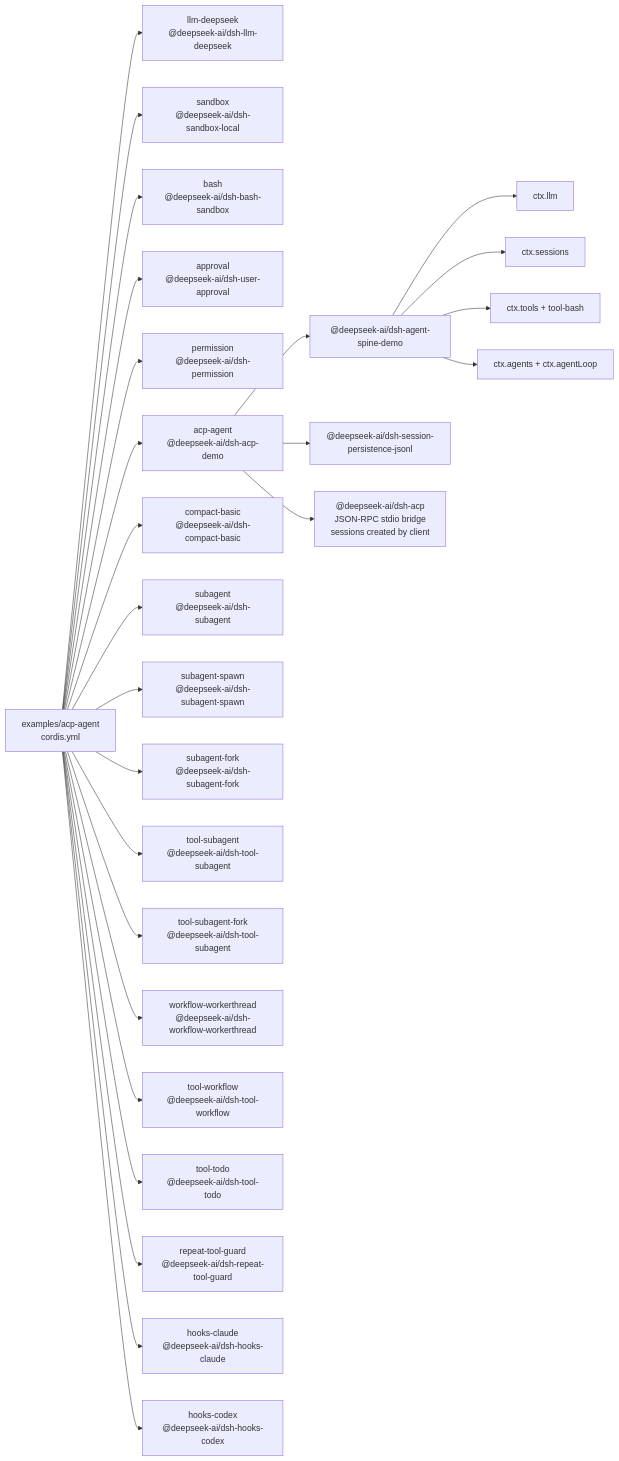
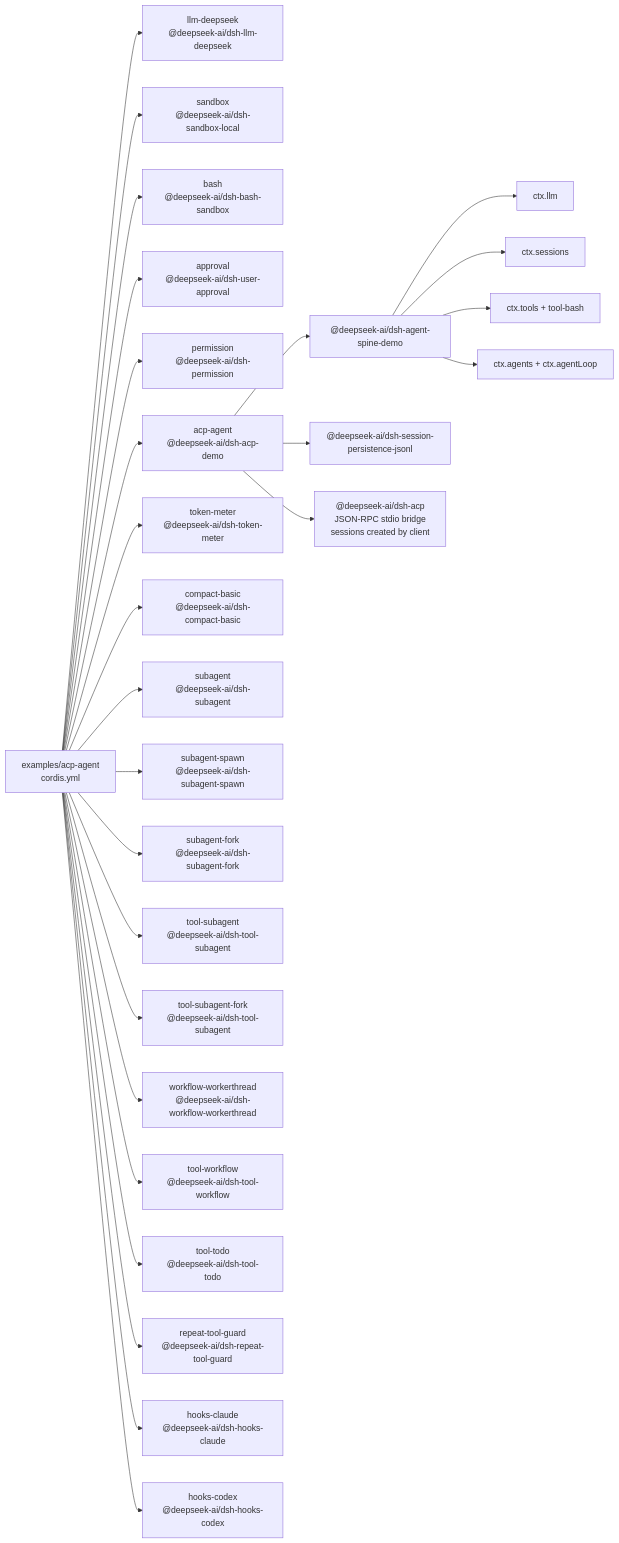
One commit to 007M7/DeepCode changed the diagram in examples/acp-agent/composition.md. Above: the diagram before and after it, drawn with Mermaid. The commit also changed other lines of this file and 1 other file, not shown here.

Commit message:
fix(acp): adapt compaction wiring to token meter

````diff
--- a/examples/acp-agent/composition.md
+++ b/examples/acp-agent/composition.md
@@ -8,47 +8,49 @@
 ```mermaid
 flowchart LR
   cfg["examples/acp-agent<br/>cordis.yml"]
   plugin_acp_llm_deepseek["llm-deepseek<br/>@deepseek-ai/dsh-llm-deepseek"]
   cfg --> plugin_acp_llm_deepseek
   plugin_acp_sandbox["sandbox<br/>@deepseek-ai/dsh-sandbox-local"]
   cfg --> plugin_acp_sandbox
   plugin_acp_bash["bash<br/>@deepseek-ai/dsh-bash-sandbox"]
   cfg --> plugin_acp_bash
   plugin_acp_approval["approval<br/>@deepseek-ai/dsh-user-approval"]
   cfg --> plugin_acp_approval
   plugin_acp_permission["permission<br/>@deepseek-ai/dsh-permission"]
   cfg --> plugin_acp_permission
   plugin_acp_acp_agent["acp-agent<br/>@deepseek-ai/dsh-acp-demo"]
   cfg --> plugin_acp_acp_agent
   plugin_acp_acp_agent --> bundle_agent_core["@deepseek-ai/dsh-agent-spine-demo"]
   plugin_acp_acp_agent --> bundle_jsonl["@deepseek-ai/dsh-session-persistence-jsonl"]
   plugin_acp_acp_agent --> frontdoor_acp["@deepseek-ai/dsh-acp<br/>JSON-RPC stdio bridge<br/>sessions created by client"]
   bundle_agent_core --> spine_llm["ctx.llm"]
   bundle_agent_core --> spine_sessions["ctx.sessions"]
   bundle_agent_core --> spine_tools["ctx.tools + tool-bash"]
   bundle_agent_core --> spine_loop["ctx.agents + ctx.agentLoop"]
+  plugin_acp_token_meter["token-meter<br/>@deepseek-ai/dsh-token-meter"]
+  cfg --> plugin_acp_token_meter
   plugin_acp_compact_basic["compact-basic<br/>@deepseek-ai/dsh-compact-basic"]
   cfg --> plugin_acp_compact_basic
   plugin_acp_subagent["subagent<br/>@deepseek-ai/dsh-subagent"]
   cfg --> plugin_acp_subagent
   plugin_acp_subagent_spawn["subagent-spawn<br/>@deepseek-ai/dsh-subagent-spawn"]
   cfg --> plugin_acp_subagent_spawn
   plugin_acp_subagent_fork["subagent-fork<br/>@deepseek-ai/dsh-subagent-fork"]
   cfg --> plugin_acp_subagent_fork
   plugin_acp_tool_subagent["tool-subagent<br/>@deepseek-ai/dsh-tool-subagent"]
   cfg --> plugin_acp_tool_subagent
   plugin_acp_tool_subagent_fork["tool-subagent-fork<br/>@deepseek-ai/dsh-tool-subagent"]
   cfg --> plugin_acp_tool_subagent_fork
   plugin_acp_workflow_workerthread["workflow-workerthread<br/>@deepseek-ai/dsh-workflow-workerthread"]
   cfg --> plugin_acp_workflow_workerthread
   plugin_acp_tool_workflow["tool-workflow<br/>@deepseek-ai/dsh-tool-workflow"]
   cfg --> plugin_acp_tool_workflow
   plugin_acp_tool_todo["tool-todo<br/>@deepseek-ai/dsh-tool-todo"]
   cfg --> plugin_acp_tool_todo
   plugin_acp_repeat_tool_guard["repeat-tool-guard<br/>@deepseek-ai/dsh-repeat-tool-guard"]
   cfg --> plugin_acp_repeat_tool_guard
   plugin_acp_hooks_claude["hooks-claude<br/>@deepseek-ai/dsh-hooks-claude"]
   cfg --> plugin_acp_hooks_claude
   plugin_acp_hooks_codex["hooks-codex<br/>@deepseek-ai/dsh-hooks-codex"]
   cfg --> plugin_acp_hooks_codex
 ```
````
